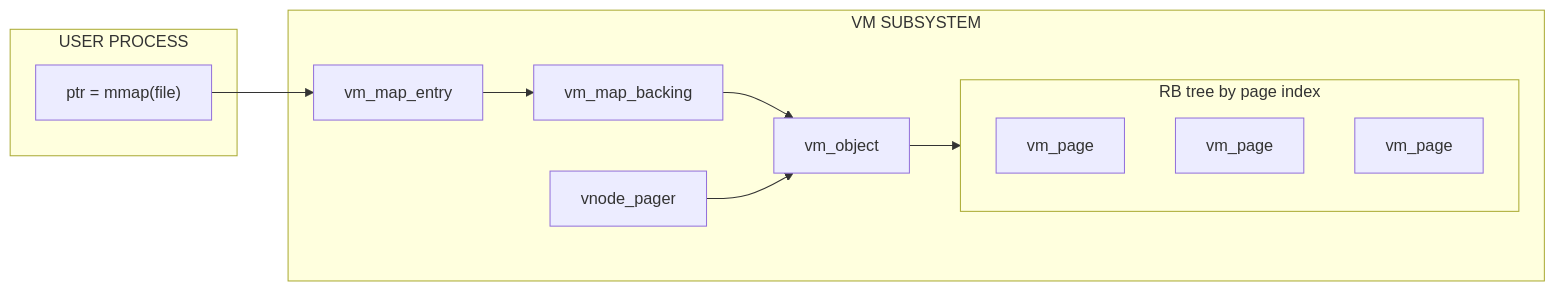
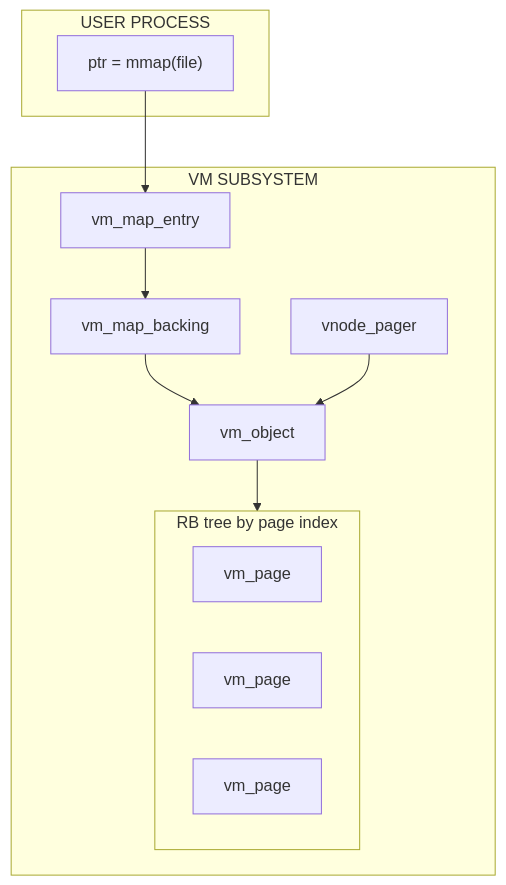
One commit to tuxillo/dragonflybsd-source-docs changed the second of 2 diagrams in docs/sys/vm/vm_object.md. Above: the diagram before and after it, drawn with Mermaid. The commit also changed other lines of this file, not shown here.

````diff
--- a/docs/sys/vm/vm_object.md
+++ b/docs/sys/vm/vm_object.md
@@ -9,27 +101,27 @@
 ```mermaid
-flowchart LR
+flowchart TB
     subgraph User["USER PROCESS"]
         mmap["ptr = mmap(file)"]
     end
     
     subgraph VM["VM SUBSYSTEM"]
         entry["vm_map_entry"]
         backing["vm_map_backing"]
         object["vm_object"]
         pager["vnode_pager"]
         
         entry --> backing
         backing --> object
         pager --> object
         
         subgraph pages["RB tree by page index"]
             page1["vm_page"]
             page2["vm_page"]
             page3["vm_page"]
         end
         
         object --> pages
     end
     
     mmap --> entry
 ```
````
